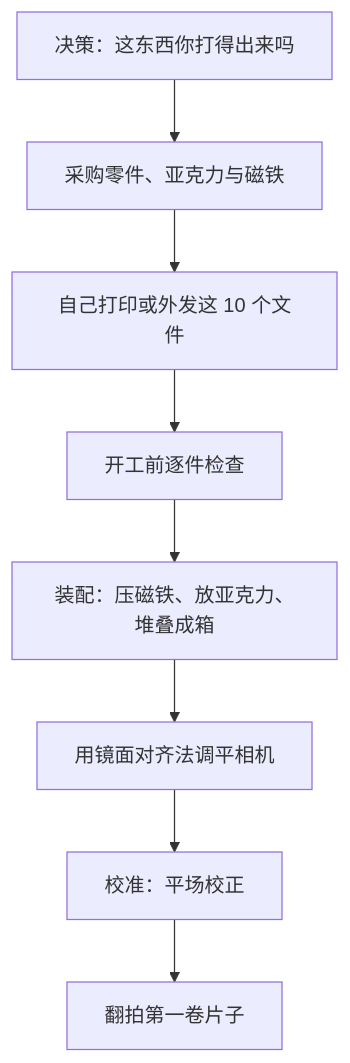
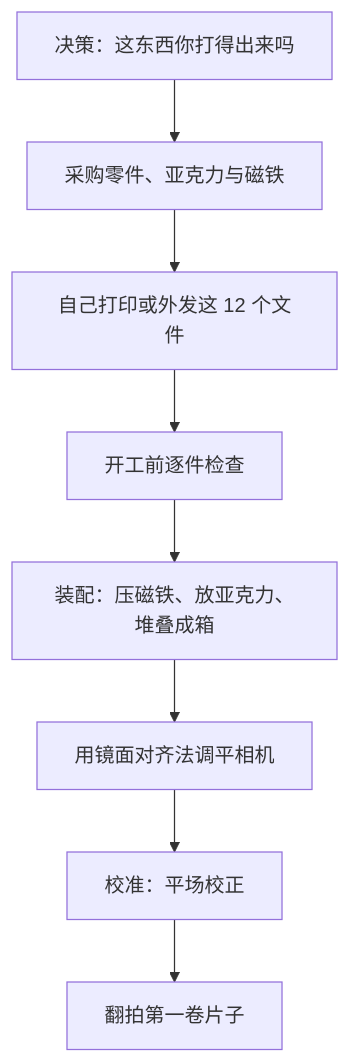
The diagram in docs/getting-started.zh-CN.md (Neoanaloglab/Neobox), drawn with Mermaid before and after one commit. The commit also changed other lines of this file and 44 other files, not shown here.

````diff
--- a/docs/getting-started.zh-CN.md
+++ b/docs/getting-started.zh-CN.md
@@ -99,10 +99,10 @@
 ```mermaid
 flowchart TD
     A["决策：这东西你打得出来吗"] --> B["采购零件、亚克力与磁铁"]
-    B --> C["自己打印或外发这 10 个文件"]
+    B --> C["自己打印或外发这 12 个文件"]
     C --> D["开工前逐件检查"]
     D --> E["装配：压磁铁、放亚克力、堆叠成箱"]
     E --> F["用镜面对齐法调平相机"]
     F --> G["校准：平场校正"]
     G --> H["翻拍第一卷片子"]
 ```
````
